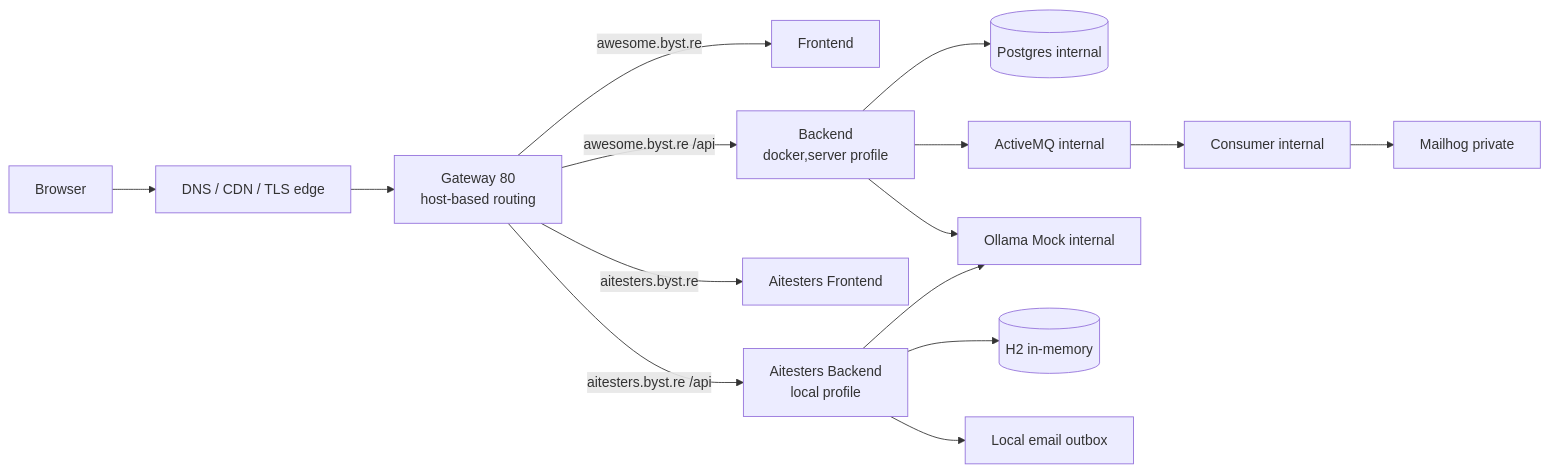
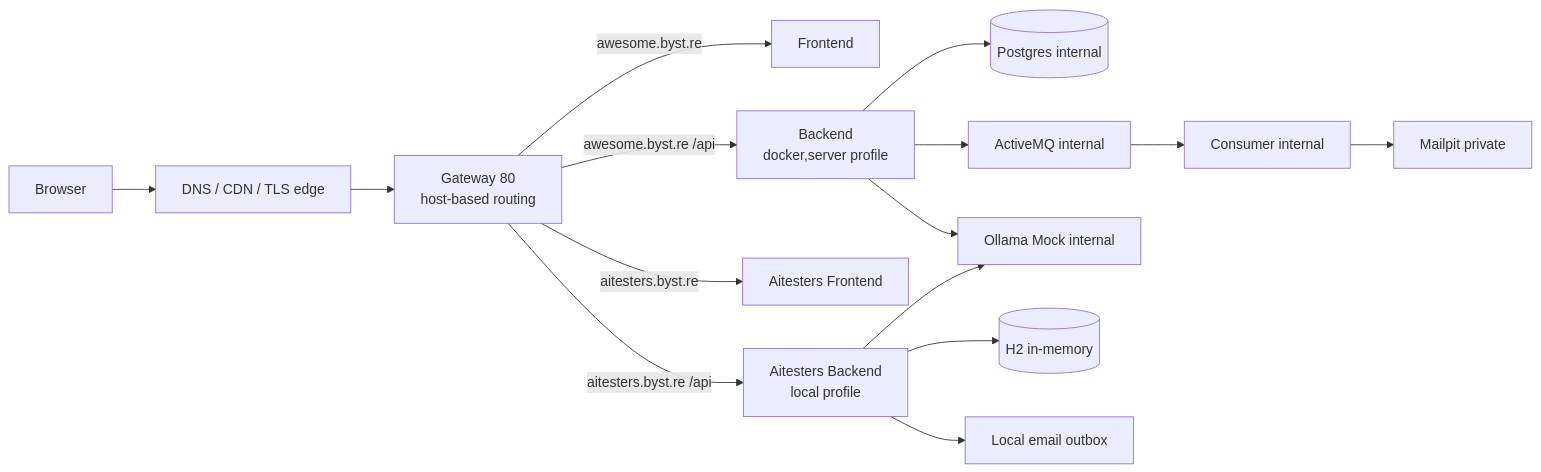
One commit to slawekradzyminski/awesome-localstack changed the third of 3 diagrams in docs/PROFILE_URLS.md. Above: the diagram before and after it, drawn with Mermaid. The commit also changed other lines of this file and 10 other files, not shown here.

````diff
--- a/docs/PROFILE_URLS.md
+++ b/docs/PROFILE_URLS.md
@@ -66,19 +66,19 @@
 ```mermaid
 flowchart LR
     U[Browser] --> CF[DNS / CDN / TLS edge]
     CF --> G[Gateway 80<br/>host-based routing]
 
     G -->|awesome.byst.re| F[Frontend]
     G -->|awesome.byst.re /api| B[Backend<br/>docker,server profile]
     B --> DB[(Postgres internal)]
     B --> MQ[ActiveMQ internal]
     MQ --> C[Consumer internal]
-    C --> MH[Mailhog private]
+    C --> MH[Mailpit private]
     B --> O[Ollama Mock internal]
 
     G -->|aitesters.byst.re| AF[Aitesters Frontend]
     G -->|aitesters.byst.re /api| AB[Aitesters Backend<br/>local profile]
     AB --> H2[(H2 in-memory)]
     AB --> LO[Local email outbox]
     AB --> O
 ```
````
